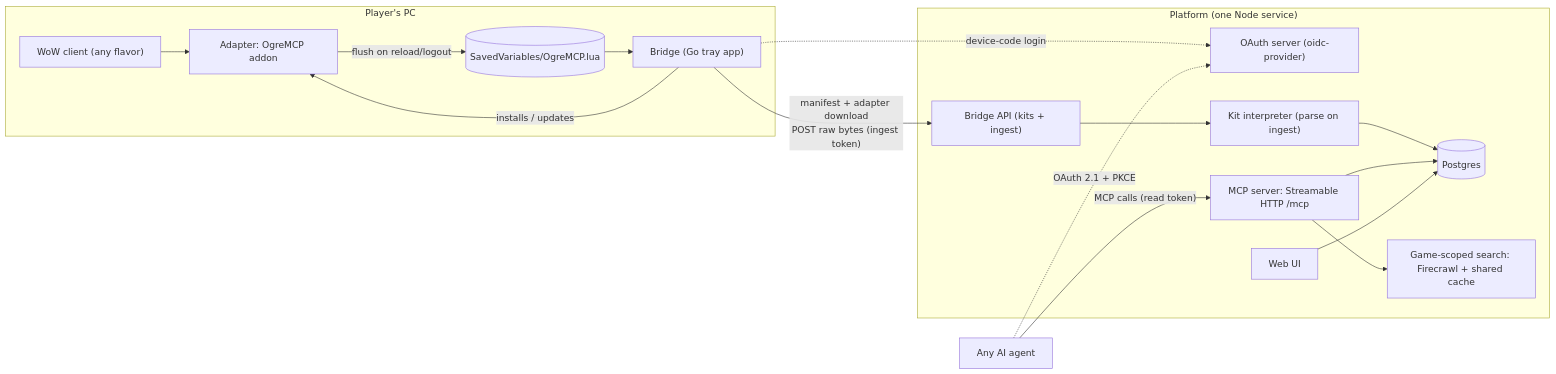
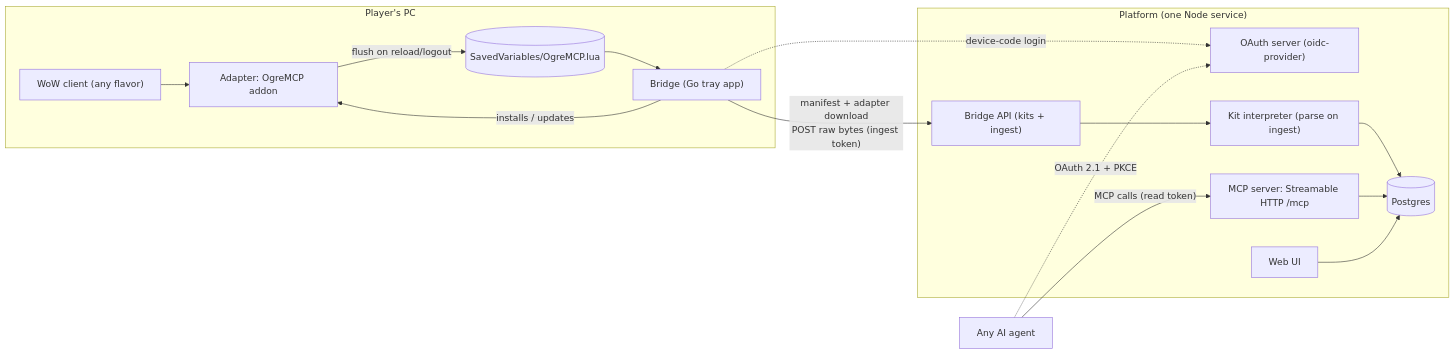
Before and after one commit to bttf/ogremcp: the diagram in docs/architecture.md, drawn with Mermaid. The commit also changed other lines of this file, not shown here.

First line of the commit message:
docs: remove the platform search tools; agents search on their own (§12)

````diff
--- a/docs/architecture.md
+++ b/docs/architecture.md
@@ -76,21 +75,20 @@
 ```mermaid
 flowchart LR
   subgraph PC["Player's PC"]
     G["WoW client (any flavor)"] --> A["Adapter: OgreMCP addon"]
     A -->|"flush on reload/logout"| F[("SavedVariables/OgreMCP.lua")]
     F --> B["Bridge (Go tray app)"]
     B -->|"installs / updates"| A
   end
   subgraph Cloud["Platform (one Node service)"]
     O["OAuth server (oidc-provider)"]
     P["Bridge API (kits + ingest)"] --> I["Kit interpreter (parse on ingest)"]
     I --> DB[("Postgres")]
     M["MCP server: Streamable HTTP /mcp"] --> DB
-    M --> S["Game-scoped search: Firecrawl + shared cache"]
     W["Web UI"] --> DB
   end
   B -.->|"device-code login"| O
   B -->|"manifest + adapter download<br/>POST raw bytes (ingest token)"| P
   AG["Any AI agent"] -.->|"OAuth 2.1 + PKCE"| O
   AG -->|"MCP calls (read token)"| M
 ```
````
